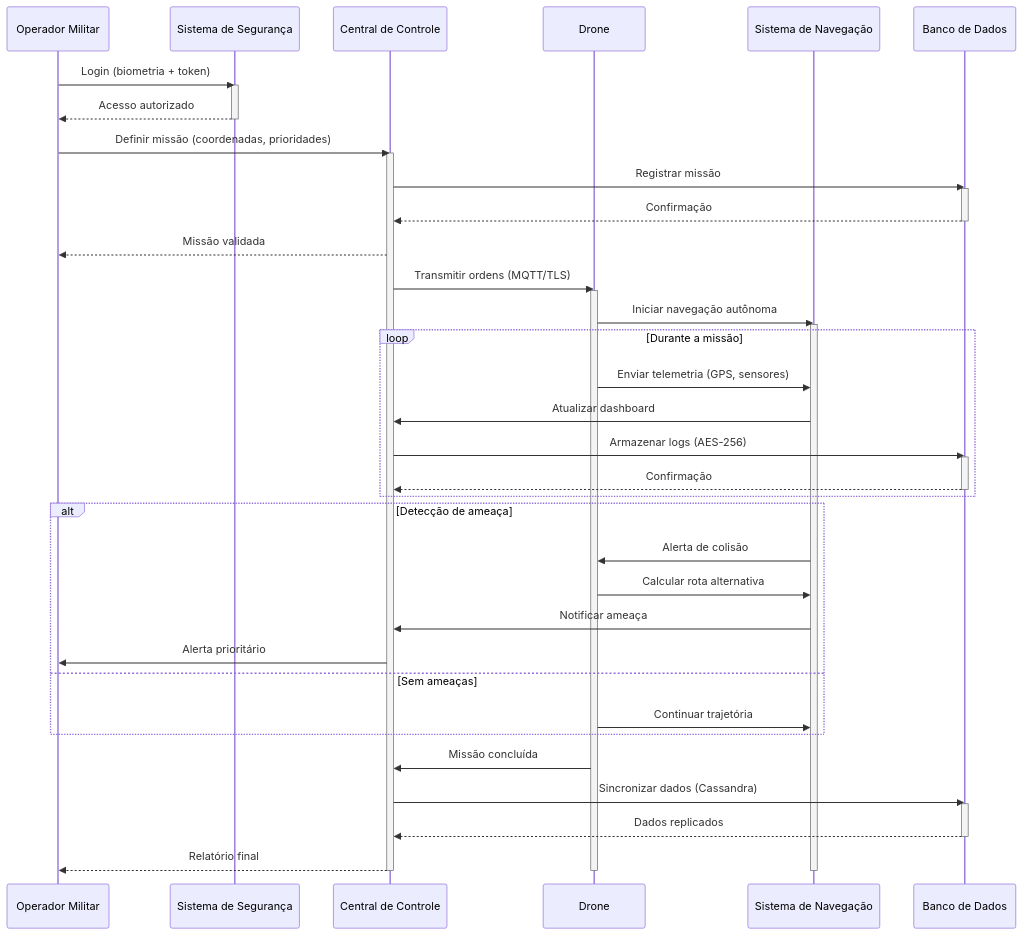
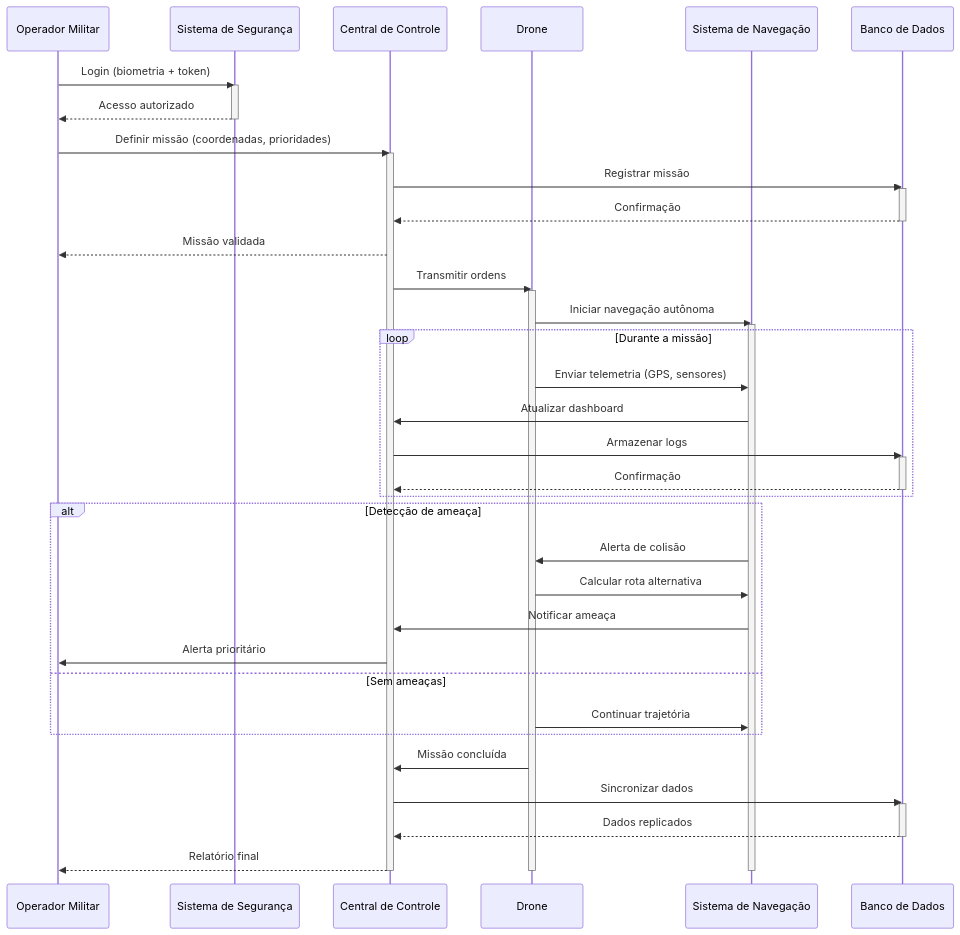
The fifth of 5 diagrams in docs/index.md (vagajuntos/Projeto-Software), drawn with Mermaid before and after one commit.

`````diff
--- a/docs/index.md
+++ b/docs/index.md
@@ -393,62 +393,62 @@
 ```mermaid
 sequenceDiagram
     participant Militar as Operador Militar
     participant SistemaSeguranca as Sistema de Segurança
     participant CentralControle as Central de Controle
     participant Drone
     participant Navegacao as Sistema de Navegação
     participant BancoDados as Banco de Dados
 
     %% Autenticação e Inicialização
     Militar->>SistemaSeguranca: Login (biometria + token)
     activate SistemaSeguranca
     SistemaSeguranca-->>Militar: Acesso autorizado
     deactivate SistemaSeguranca
 
     %% Planejamento da Missão
     Militar->>CentralControle: Definir missão (coordenadas, prioridades)
     activate CentralControle
     CentralControle->>BancoDados: Registrar missão
     activate BancoDados
     BancoDados-->>CentralControle: Confirmação
     deactivate BancoDados
     CentralControle-->>Militar: Missão validada
 
     %% Execução da Missão
-    CentralControle->>Drone: Transmitir ordens (MQTT/TLS)
+    CentralControle->>Drone: Transmitir ordens 
     activate Drone
     Drone->>Navegacao: Iniciar navegação autônoma
     activate Navegacao
 
     %% Monitoramento em Tempo Real
     loop Durante a missão
         Drone->>Navegacao: Enviar telemetria (GPS, sensores)
         Navegacao->>CentralControle: Atualizar dashboard
-        CentralControle->>BancoDados: Armazenar logs (AES-256)
+        CentralControle->>BancoDados: Armazenar logs
         activate BancoDados
         BancoDados-->>CentralControle: Confirmação
         deactivate BancoDados
     end
 
     %% Tratamento de Ameaças
     alt Detecção de ameaça
         Navegacao->>Drone: Alerta de colisão
         Drone->>Navegacao: Calcular rota alternativa
         Navegacao->>CentralControle: Notificar ameaça
         CentralControle->>Militar: Alerta prioritário
     else Sem ameaças
         Drone->>Navegacao: Continuar trajetória
     end
 
     %% Conclusão da Missão
     Drone->>CentralControle: Missão concluída
-    CentralControle->>BancoDados: Sincronizar dados (Cassandra)
+    CentralControle->>BancoDados: Sincronizar dados
     activate BancoDados
     BancoDados-->>CentralControle: Dados replicados
     deactivate BancoDados
     CentralControle-->>Militar: Relatório final
 
     deactivate CentralControle
     deactivate Drone
     deactivate Navegacao
 ````
`````
